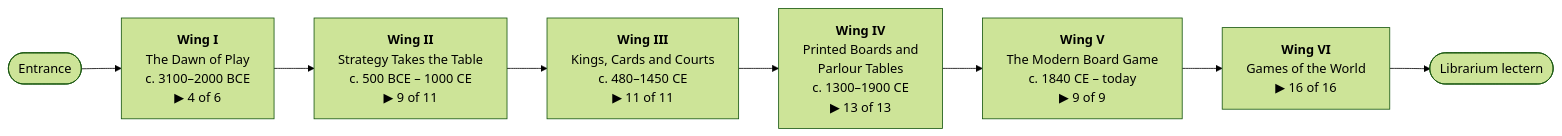
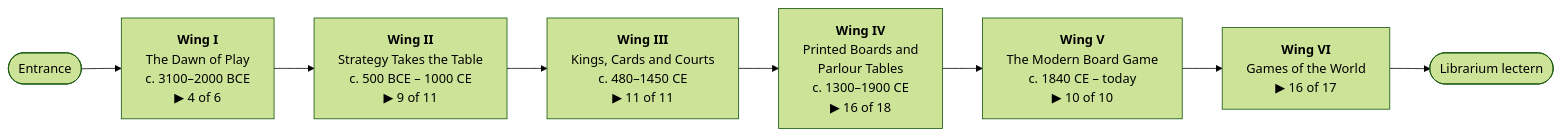
The first of 2 diagrams in README.md (CptNope/Librarium-Archives), drawn with Mermaid (forest theme) before and after one commit. The commit also changed other lines of this file and 85 other files, not shown here.

First line of the commit message:
Game by game: a generated page for every exhibit, with turn diagrams, linked from the README

````diff
--- a/README.md
+++ b/README.md
@@ -15,10 +15,10 @@
 ```mermaid
 flowchart LR
     E([Entrance]) --> W1
     W1["<b>Wing I</b><br/>The Dawn of Play<br/>c. 3100–2000 BCE<br/>▶ 4 of 6"] --> W2
     W2["<b>Wing II</b><br/>Strategy Takes the Table<br/>c. 500 BCE – 1000 CE<br/>▶ 9 of 11"] --> W3
     W3["<b>Wing III</b><br/>Kings, Cards and Courts<br/>c. 480–1450 CE<br/>▶ 11 of 11"] --> W4
-    W4["<b>Wing IV</b><br/>Printed Boards and<br/>Parlour Tables<br/>c. 1300–1900 CE<br/>▶ 13 of 13"] --> W5
-    W5["<b>Wing V</b><br/>The Modern Board Game<br/>c. 1840 CE – today<br/>▶ 9 of 9"] --> W6
-    W6["<b>Wing VI</b><br/>Games of the World<br/>▶ 16 of 16"] --> L([Librarium lectern])
+    W4["<b>Wing IV</b><br/>Printed Boards and<br/>Parlour Tables<br/>c. 1300–1900 CE<br/>▶ 16 of 18"] --> W5
+    W5["<b>Wing V</b><br/>The Modern Board Game<br/>c. 1840 CE – today<br/>▶ 10 of 10"] --> W6
+    W6["<b>Wing VI</b><br/>Games of the World<br/>▶ 16 of 17"] --> L([Librarium lectern])
 ```
````
